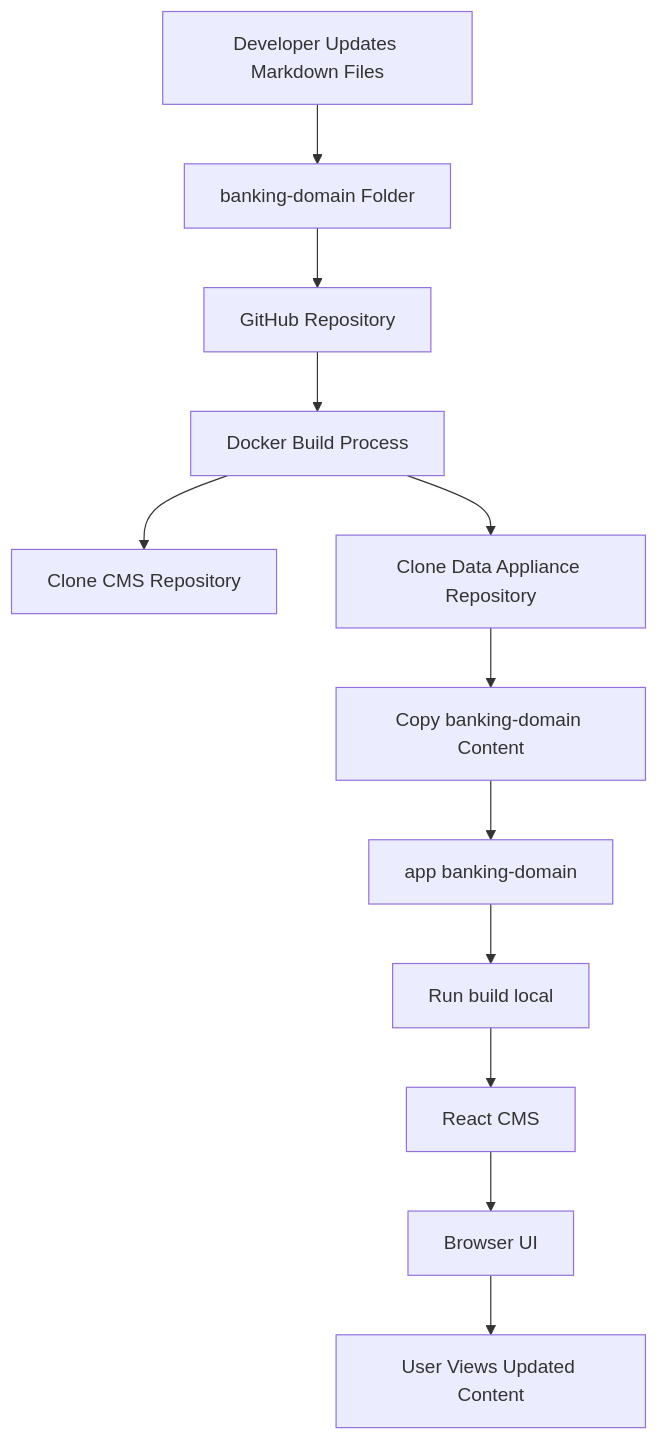
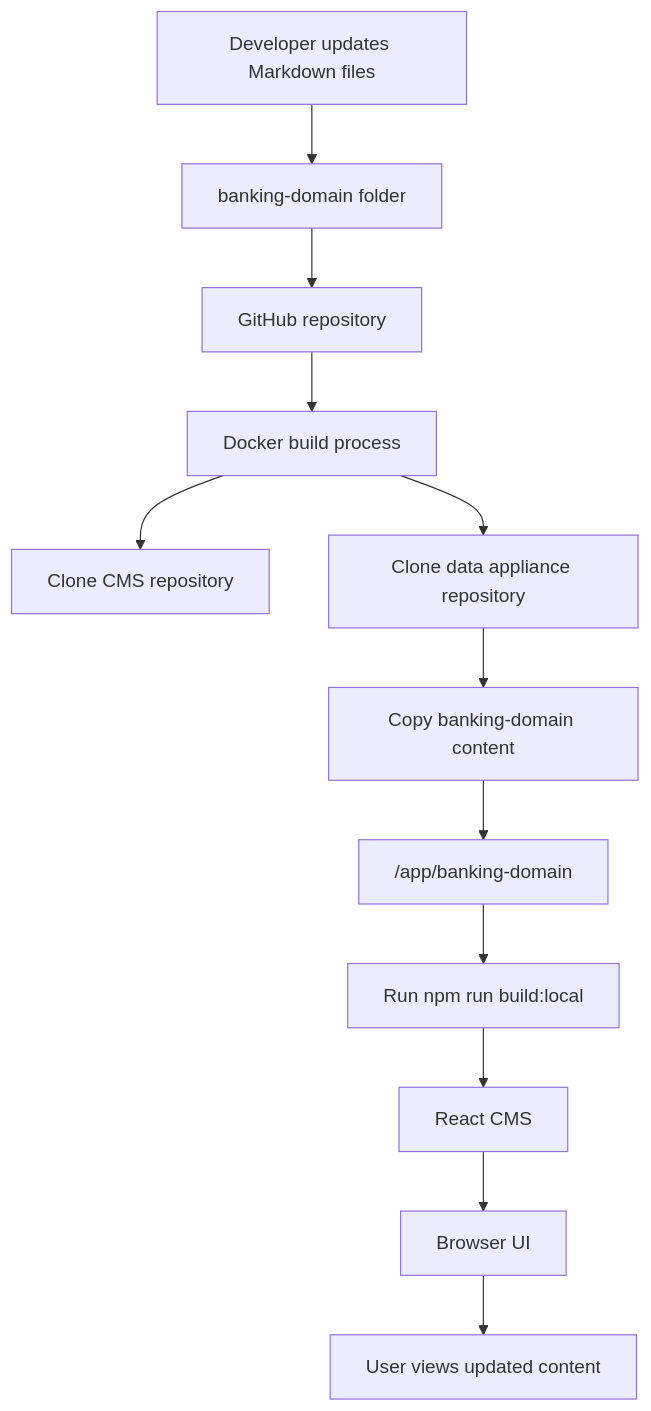
The first of 7 diagrams in banking-domain/banking_mermaid_shapes.md (tinitiateprime/tinitiate-data-appliance), drawn with Mermaid before and after one commit. The commit also changed other lines of this file and 3 other files, not shown here.

````diff
--- a/banking-domain/banking_mermaid_shapes.md
+++ b/banking-domain/banking_mermaid_shapes.md
@@ -5,32 +5,27 @@
 ```mermaid
 flowchart TD
-
-    A[Developer Updates Markdown Files]
-    B[banking-domain Folder]
-    C[GitHub Repository]
-    D[Docker Build Process]
-    E[Clone CMS Repository]
-    F[Clone Data Appliance Repository]
-    G[Copy banking-domain Content]
-    H[app banking-domain]
-    I[Run build local]
-    J[React CMS]
-    K[Browser UI]
-    L[User Views Updated Content]
+    A["Developer updates Markdown files"]
+    B["banking-domain folder"]
+    C["GitHub repository"]
+    D["Docker build process"]
+    E["Clone CMS repository"]
+    F["Clone data appliance repository"]
+    G["Copy banking-domain content"]
+    H["/app/banking-domain"]
+    I["Run npm run build:local"]
+    J["React CMS"]
+    K["Browser UI"]
+    L["User views updated content"]
 
     A --> B
     B --> C
     C --> D
-
     D --> E
     D --> F
-
     F --> G
     G --> H
-
     H --> I
     I --> J
-
     J --> K
     K --> L
 ```
````
